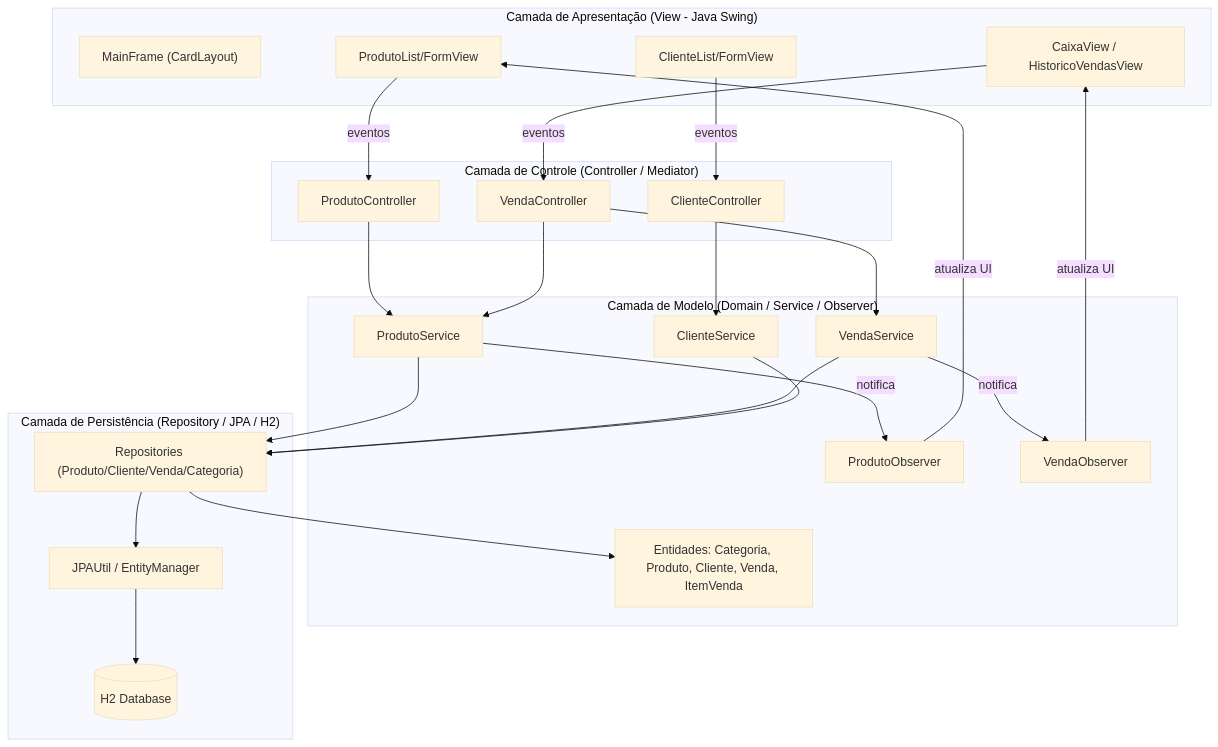
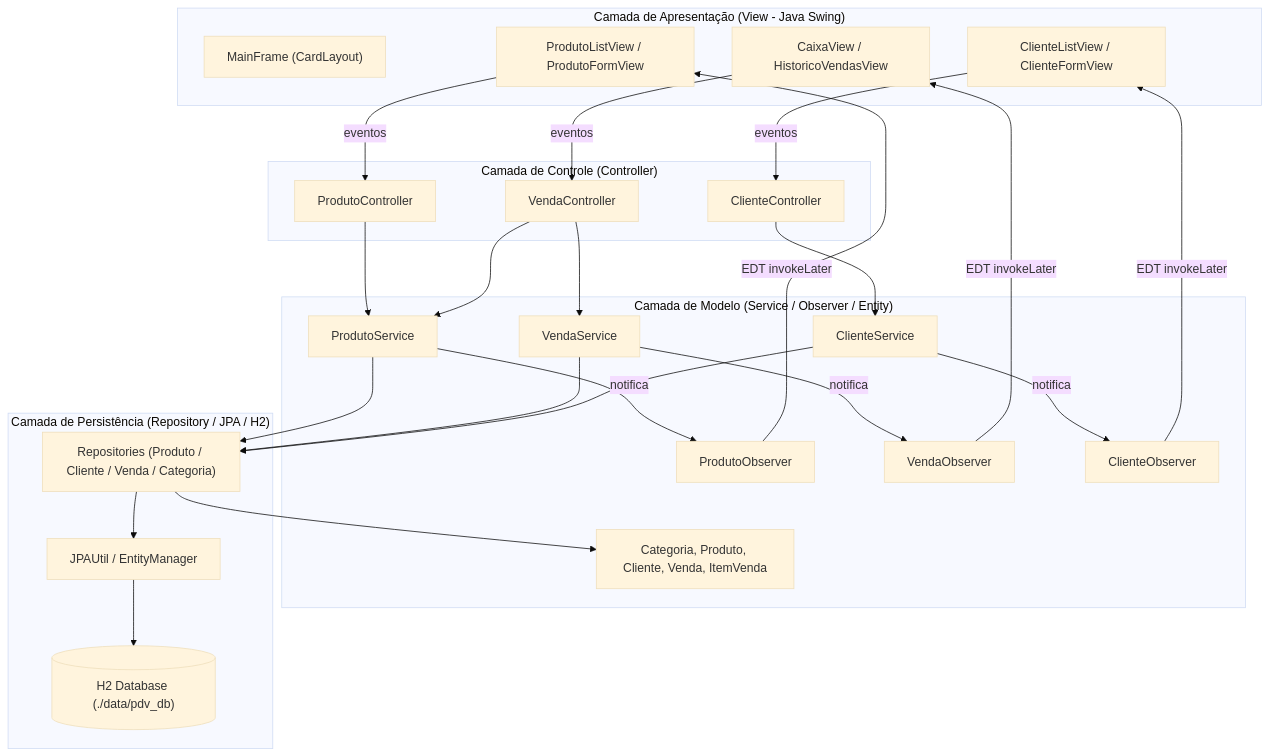
Before and after one commit to jenifferCamar/projeto-caina: the first of 2 diagrams in README.md, drawn with Mermaid (base theme). The commit also changed other lines of this file and 2 other files, not shown here.

````diff
--- a/README.md
+++ b/README.md
@@ -40,47 +305,50 @@
 ```mermaid
 graph TD
     subgraph UI_Layer ["Camada de Apresentação (View - Java Swing)"]
         MF["MainFrame (CardLayout)"]
-        PV["ProdutoList/FormView"]
+        PV["ProdutoListView / ProdutoFormView"]
         CV["CaixaView / HistoricoVendasView"]
-        CLV["ClienteList/FormView"]
+        CLV["ClienteListView / ClienteFormView"]
     end
 
-    subgraph Controller_Layer ["Camada de Controle (Controller / Mediator)"]
+    subgraph Controller_Layer ["Camada de Controle (Controller)"]
         PC["ProdutoController"]
         VC["VendaController"]
         CC["ClienteController"]
     end
 
-    subgraph Model_Layer ["Camada de Modelo (Domain / Service / Observer)"]
+    subgraph Model_Layer ["Camada de Modelo (Service / Observer / Entity)"]
         PS["ProdutoService"]
         VS["VendaService"]
         CS["ClienteService"]
         PO["ProdutoObserver"]
         VO["VendaObserver"]
-        ENT["Entidades: Categoria, Produto, Cliente, Venda, ItemVenda"]
+        CO["ClienteObserver"]
+        ENT["Categoria, Produto, Cliente, Venda, ItemVenda"]
     end
 
     subgraph Persistence_Layer ["Camada de Persistência (Repository / JPA / H2)"]
-        REPO["Repositories (Produto/Cliente/Venda/Categoria)"]
+        REPO["Repositories (Produto / Cliente / Venda / Categoria)"]
         JPA["JPAUtil / EntityManager"]
-        H2[("H2 Database")]
+        H2[("H2 Database (./data/pdv_db)")]
     end
 
     PV -- eventos --> PC
     CV -- eventos --> VC
     CLV -- eventos --> CC
     PC --> PS
     VC --> VS
     VC --> PS
     CC --> CS
     PS --> REPO
     VS --> REPO
     CS --> REPO
     PS -- notifica --> PO
     VS -- notifica --> VO
-    PO -- atualiza UI --> PV
-    VO -- atualiza UI --> CV
+    CS -- notifica --> CO
+    PO -- EDT invokeLater --> PV
+    VO -- EDT invokeLater --> CV
+    CO -- EDT invokeLater --> CLV
     REPO --> JPA --> H2
     REPO --> ENT
 ```
````
